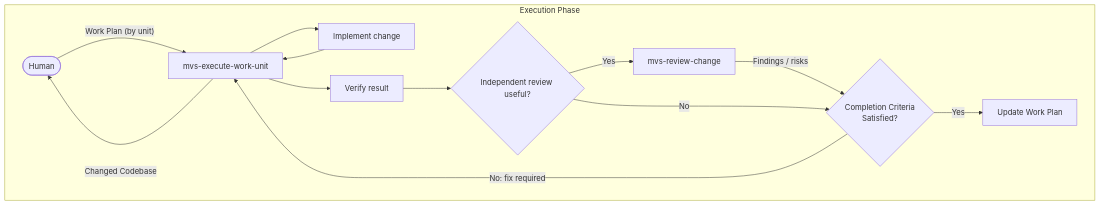
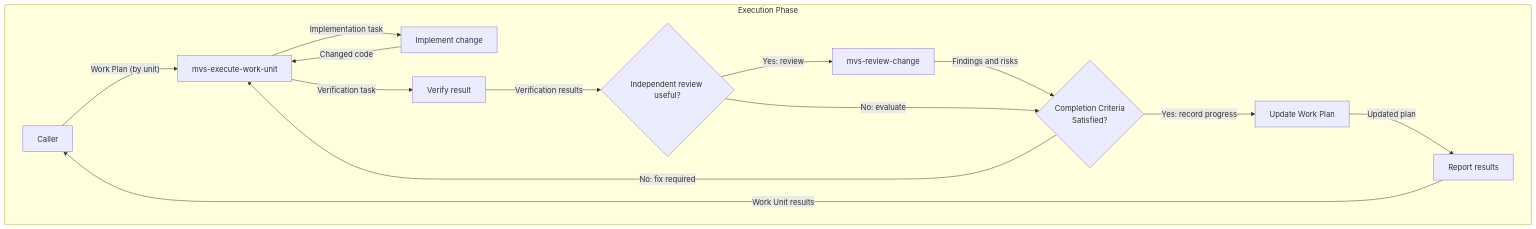
One commit to masa-kjm/marvis-dev changed the third of 3 diagrams in docs/README.md. Above: the diagram before and after it, drawn with Mermaid. The commit also changed other lines of this file, not shown here.

````diff
--- a/docs/README.md
+++ b/docs/README.md
@@ -50,24 +69,28 @@
 ```mermaid
 flowchart TD
   subgraph Execution["Execution Phase"]
-    Caller(["Human"])
+    Caller["Caller"]
     ExecuteWU["mvs-execute-work-unit"]
     Implement["Implement change"]
     Verify["Verify result"]
     ReviewChoice{"Independent review useful?"}
     Reviewer["mvs-review-change"]
     Decision{"Completion Criteria<br/>Satisfied?"}
     Update["Update Work Plan"]
+    Report["Report results"]
   end
 
   Caller -->|"Work Plan (by unit)"| ExecuteWU
-  ExecuteWU -->|Changed Codebase| Caller
-  ExecuteWU --> Implement
-  ExecuteWU --> Verify --> ReviewChoice
-  Implement --> ExecuteWU
-  ReviewChoice -->|Yes| Reviewer -->|Findings / risks| Decision
-  ReviewChoice -->|No| Decision
+  ExecuteWU -->|Implementation task| Implement
+  Implement -->|Changed code| ExecuteWU
+  ExecuteWU -->|Verification task| Verify
+  Verify -->|Verification results| ReviewChoice
+  ReviewChoice -->|Yes: review| Reviewer
+  Reviewer -->|Findings and risks| Decision
+  ReviewChoice -->|No: evaluate| Decision
 
   Decision -->|No: fix required| ExecuteWU
-  Decision -->|Yes| Update
+  Decision -->|Yes: record progress| Update
+  Update -->|Updated plan| Report
+  Report -->|Work Unit results| Caller
 ```
````
